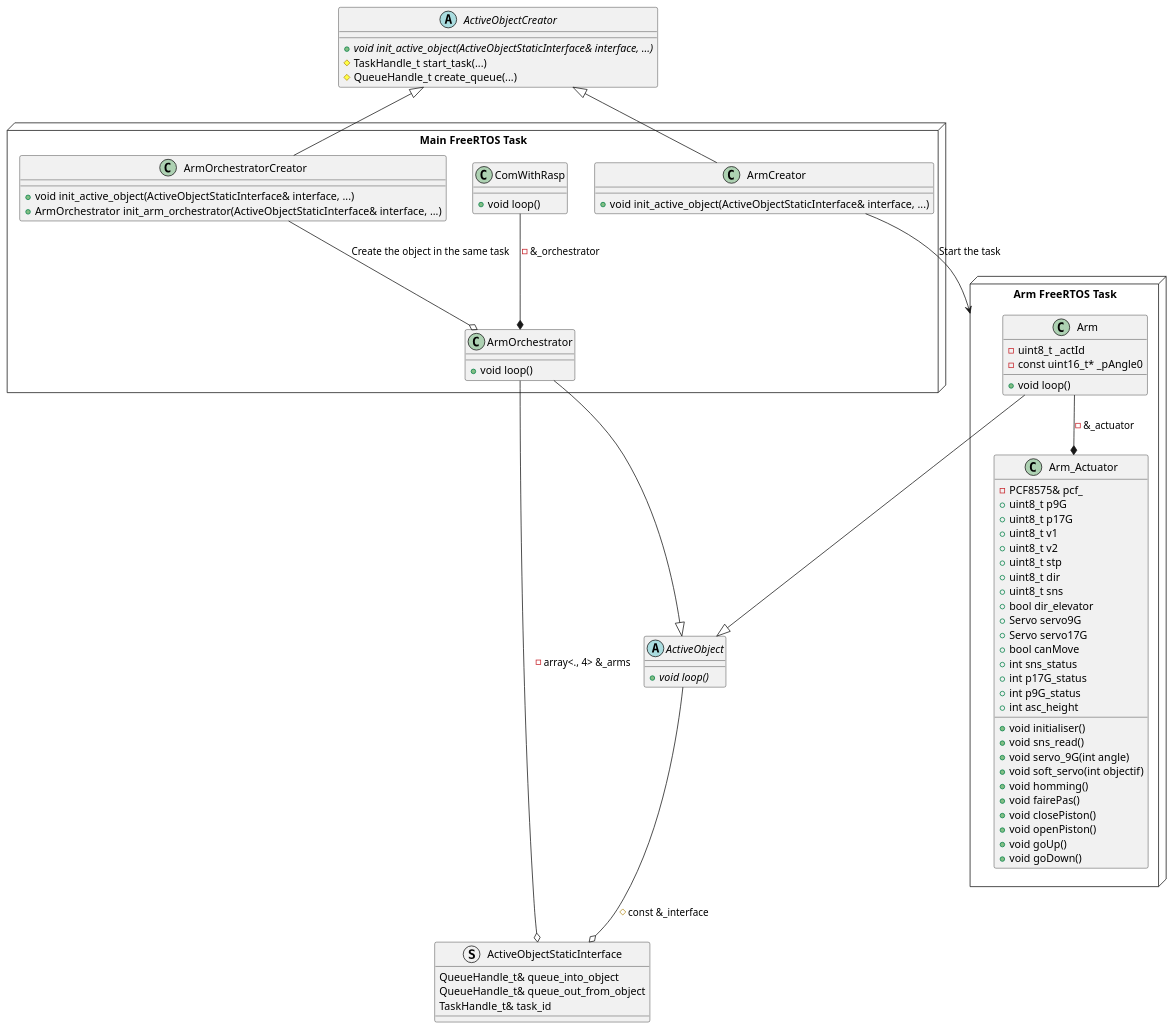
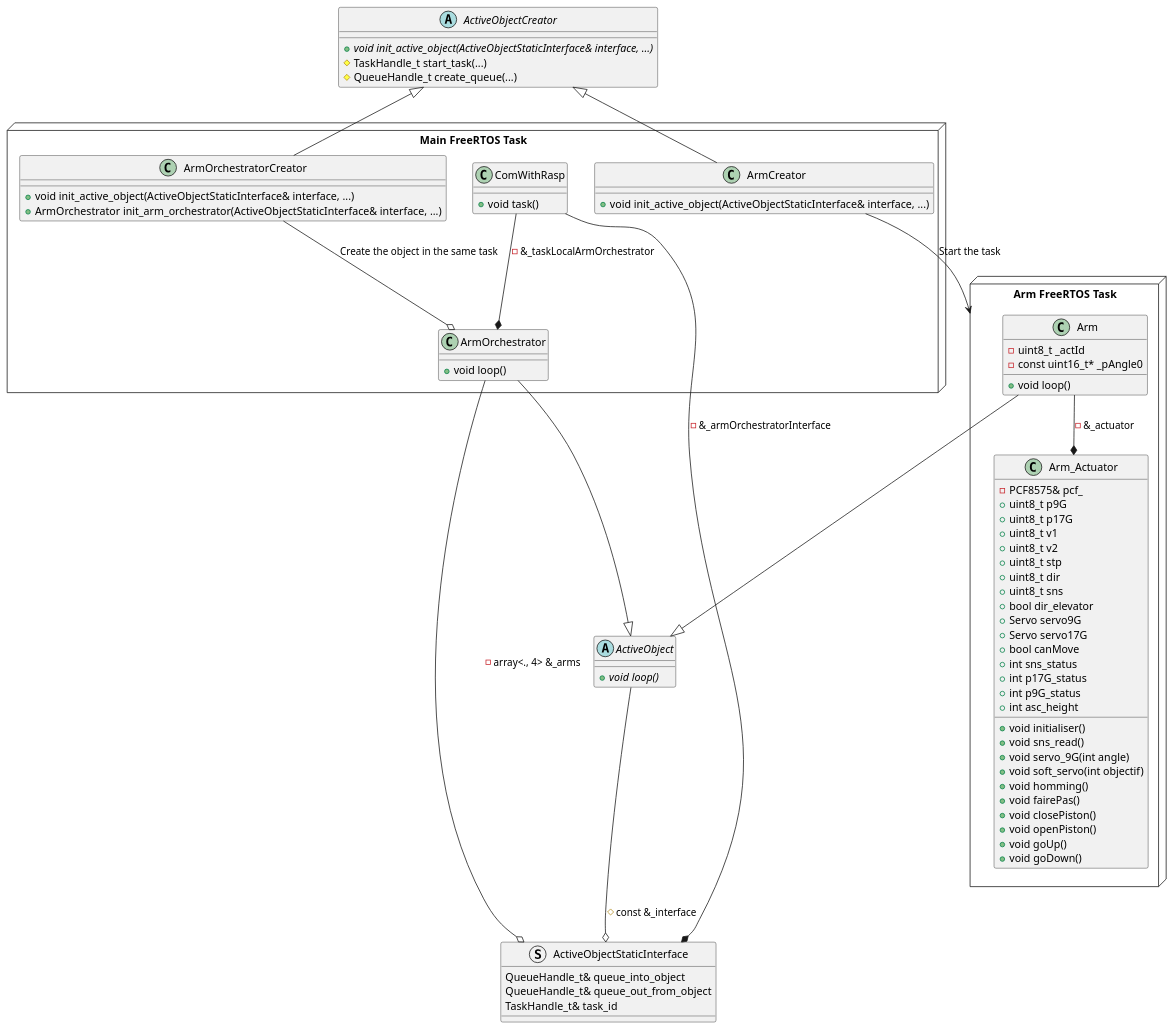
Before and after one commit to eirbot/stk_robot: the diagram in embedded/docs/arch.puml, drawn with PlantUML. The commit also changed 2 other files, not shown here.

Commit message:
fix: ComWithRasp with arm orchestrator

```diff
--- a/embedded/docs/arch.puml
+++ b/embedded/docs/arch.puml
@@ -1,94 +1,95 @@
 @startuml
 ' TODO: set the attributes that relates to other classes
 ' https://plantuml.com/class-diagram#631c2725deb35a73
 
 struct ActiveObjectStaticInterface {
 	QueueHandle_t& queue_into_object
 	QueueHandle_t& queue_out_from_object
 	TaskHandle_t& task_id
 }
 
 abstract class ActiveObject {
 	+ {abstract} void loop()
 }
 
 ActiveObject --o ActiveObjectStaticInterface : # const &_interface
 package "Arm FreeRTOS Task" <<Node>> {
 	class Arm {
 		- uint8_t _actId
 		- const uint16_t* _pAngle0
 		+ void loop()
 	}
 
 	class Arm_Actuator {
 		+ void initialiser()
 		+ void sns_read()
 		+ void servo_9G(int angle)
 		+ void soft_servo(int objectif)
 		+ void homming()
 		+ void fairePas()
 		+ void closePiston()
 		+ void openPiston()
 		+ void goUp()
 		+ void goDown()
 
 		- PCF8575& pcf_
 		+ uint8_t p9G
 		+ uint8_t p17G
 		+ uint8_t v1
 		+ uint8_t v2
 		+ uint8_t stp
 		+ uint8_t dir
 		+ uint8_t sns
 		+ bool dir_elevator
 		+ Servo servo9G
 		+ Servo servo17G
 		+ bool canMove
 		+ int sns_status
 		+ int p17G_status
 		+ int p9G_status
 		+ int asc_height
 	}
 }
 
 Arm --* Arm_Actuator : - &_actuator
 
 Arm --|> ActiveObject
 
 abstract class ActiveObjectCreator {
     + {abstract} void init_active_object(ActiveObjectStaticInterface& interface, ...) 
 	# TaskHandle_t start_task(...)
 	# QueueHandle_t create_queue(...)
 }
 
 package "Main FreeRTOS Task" <<Node>> {
 	class ArmCreator {
 	    + void init_active_object(ActiveObjectStaticInterface& interface, ...) 
 	}
 	ArmCreator -up-|> ActiveObjectCreator
 	ArmCreator --> "Arm FreeRTOS Task" : "Start the task"
 
 	class ArmOrchestrator {
 		+ void loop()
 	}
 
 	ArmOrchestrator --o ActiveObjectStaticInterface : - array<., 4> &_arms
 
 	ArmOrchestrator --|> ActiveObject
 
 	class ArmOrchestratorCreator {
 		+ void init_active_object(ActiveObjectStaticInterface& interface, ...) 
 		+ ArmOrchestrator init_arm_orchestrator(ActiveObjectStaticInterface& interface, ...) 
 	}
 
 	ArmOrchestratorCreator -up-|> ActiveObjectCreator
 	ArmOrchestratorCreator --o ArmOrchestrator : Create the object in the same task 
 
 	class ComWithRasp {
-		+ void loop()
+		+ void task()
 	}
 
-    ComWithRasp --* ArmOrchestrator : - &_orchestrator
+    ComWithRasp --* ArmOrchestrator : - &_taskLocalArmOrchestrator
+    ComWithRasp --* ActiveObjectStaticInterface : - &_armOrchestratorInterface
 }
 
 @enduml
```
